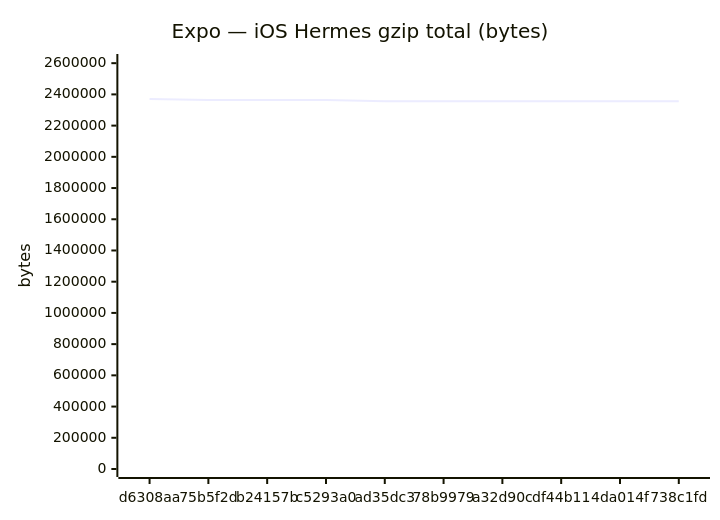
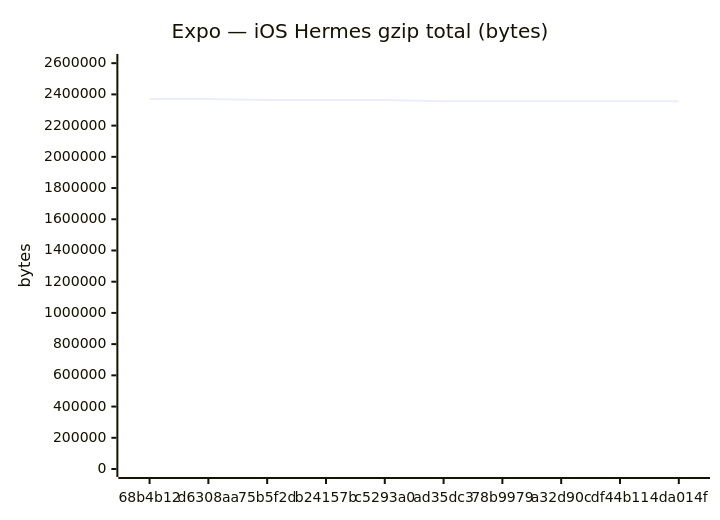
One commit to Metaheurist/Rianell changed the eighth of 24 diagrams in benchmarks/compare.md. Above: the diagram before and after it, drawn with Mermaid. The commit also changed other lines of this file and 14 other files, not shown here.

````diff
--- a/benchmarks/compare.md
+++ b/benchmarks/compare.md
@@ -123,7 +123,7 @@
 ```mermaid
 xychart-beta
     title "Expo — iOS Hermes gzip total (bytes)"
-    x-axis ["d6308aa", "75b5f2d", "b24157b", "c5293a0", "ad35dc3", "78b9979", "a32d90c", "df44b11", "4da014f", "738c1fd"]
+    x-axis ["68b4b12", "d6308aa", "75b5f2d", "b24157b", "c5293a0", "ad35dc3", "78b9979", "a32d90c", "df44b11", "4da014f"]
     y-axis "bytes" 0 --> 2607543
-    line [2370493, 2363429, 2363431, 2363430, 2356086, 2356086, 2356058, 2356058, 2356060, 2356059]
+    line [2370491, 2370493, 2363429, 2363431, 2363430, 2356086, 2356086, 2356058, 2356058, 2356060]
 ```
````
